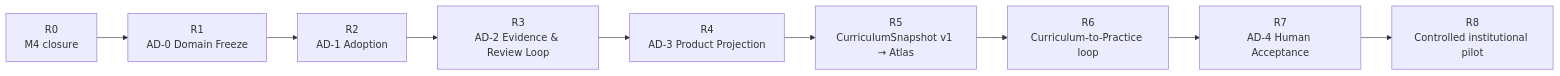
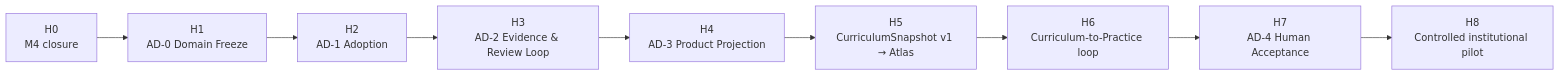
One commit to antoniocorsano-boop/CurManLight_arena changed the second of 2 diagrams in README.md. Above: the diagram before and after it, drawn with Mermaid. The commit also changed other lines of this file, not shown here.

Commit message:
docs: reconcile roadmap labels and Atlas preview status

````diff
--- a/README.md
+++ b/README.md
@@ -137,11 +137,11 @@
 ```mermaid
 flowchart LR
-    M4["R0<br/>M4 closure"] --> AD0["R1<br/>AD-0 Domain Freeze"]
-    AD0 --> AD1["R2<br/>AD-1 Adoption"]
-    AD1 --> AD2["R3<br/>AD-2 Evidence & Review Loop"]
-    AD2 --> AD3["R4<br/>AD-3 Product Projection"]
-    AD3 --> A1["R5<br/>CurriculumSnapshot v1 → Atlas"]
-    A1 --> C2P["R6<br/>Curriculum-to-Practice loop"]
-    C2P --> AD4["R7<br/>AD-4 Human Acceptance"]
-    AD4 --> PILOT["R8<br/>Controlled institutional pilot"]
+    M4["H0<br/>M4 closure"] --> AD0["H1<br/>AD-0 Domain Freeze"]
+    AD0 --> AD1["H2<br/>AD-1 Adoption"]
+    AD1 --> AD2["H3<br/>AD-2 Evidence & Review Loop"]
+    AD2 --> AD3["H4<br/>AD-3 Product Projection"]
+    AD3 --> A1["H5<br/>CurriculumSnapshot v1 → Atlas"]
+    A1 --> C2P["H6<br/>Curriculum-to-Practice loop"]
+    C2P --> AD4["H7<br/>AD-4 Human Acceptance"]
+    AD4 --> PILOT["H8<br/>Controlled institutional pilot"]
 ```
````
